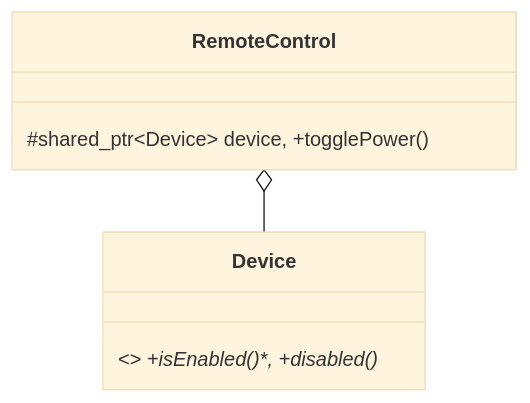
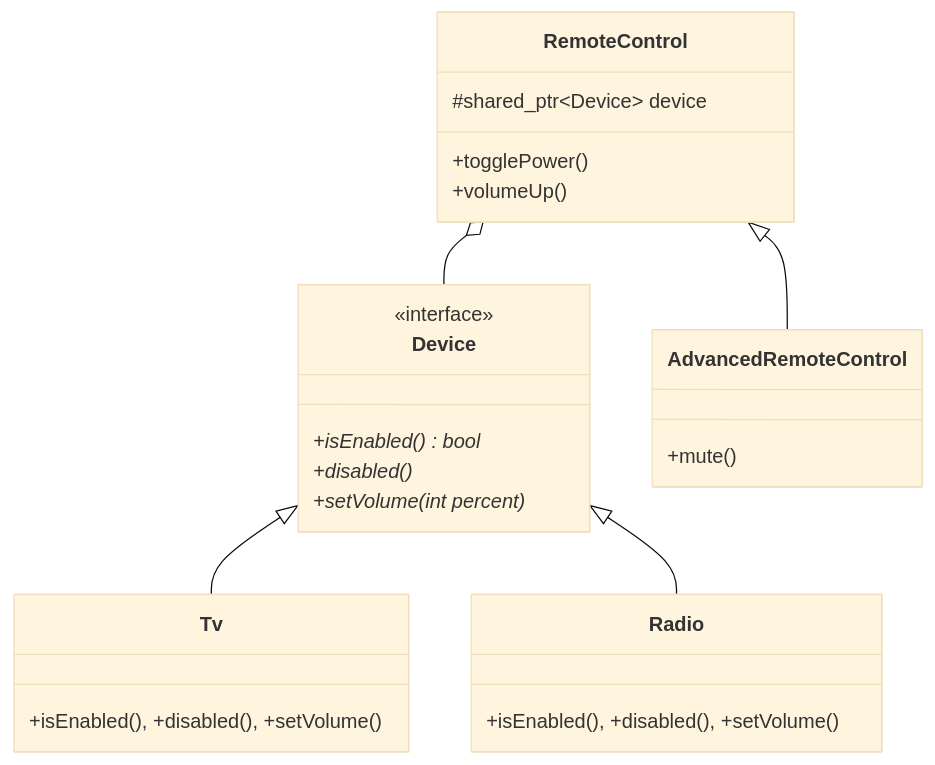
Before and after one commit to divyap271/systemDesign: the tenth of 22 diagrams in readme.md, drawn with Mermaid (base theme). The commit also changed other lines of this file, not shown here.

````diff
--- a/readme.md
+++ b/readme.md
@@ -154,6 +274,22 @@
 ```mermaid
 classDiagram
-    class Device { <<interface>> +isEnabled()*, +disabled()* }
-    class RemoteControl { #shared_ptr~Device~ device, +togglePower() }
+    class Device {
+        <<interface>>
+        +isEnabled()* bool
+        +disabled()*
+        +setVolume(int percent)*
+    }
+    class Tv { +isEnabled(), +disabled(), +setVolume() }
+    class Radio { +isEnabled(), +disabled(), +setVolume() }
+    class RemoteControl {
+        #shared_ptr~Device~ device
+        +togglePower()
+        +volumeUp()
+    }
+    class AdvancedRemoteControl { +mute() }
+    
+    Device <|-- Tv
+    Device <|-- Radio
     RemoteControl o-- Device
+    RemoteControl <|-- AdvancedRemoteControl
 ```
````
